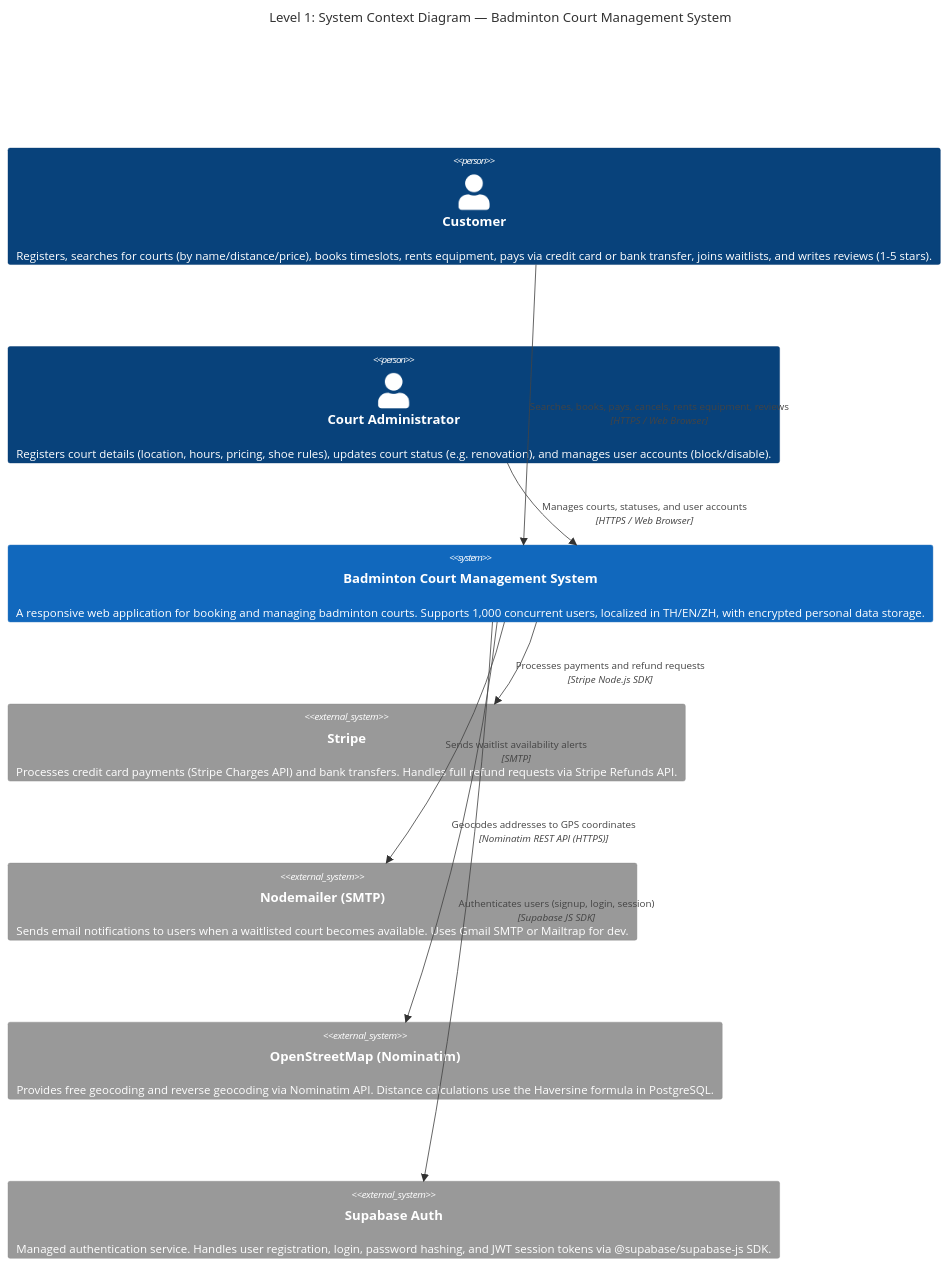
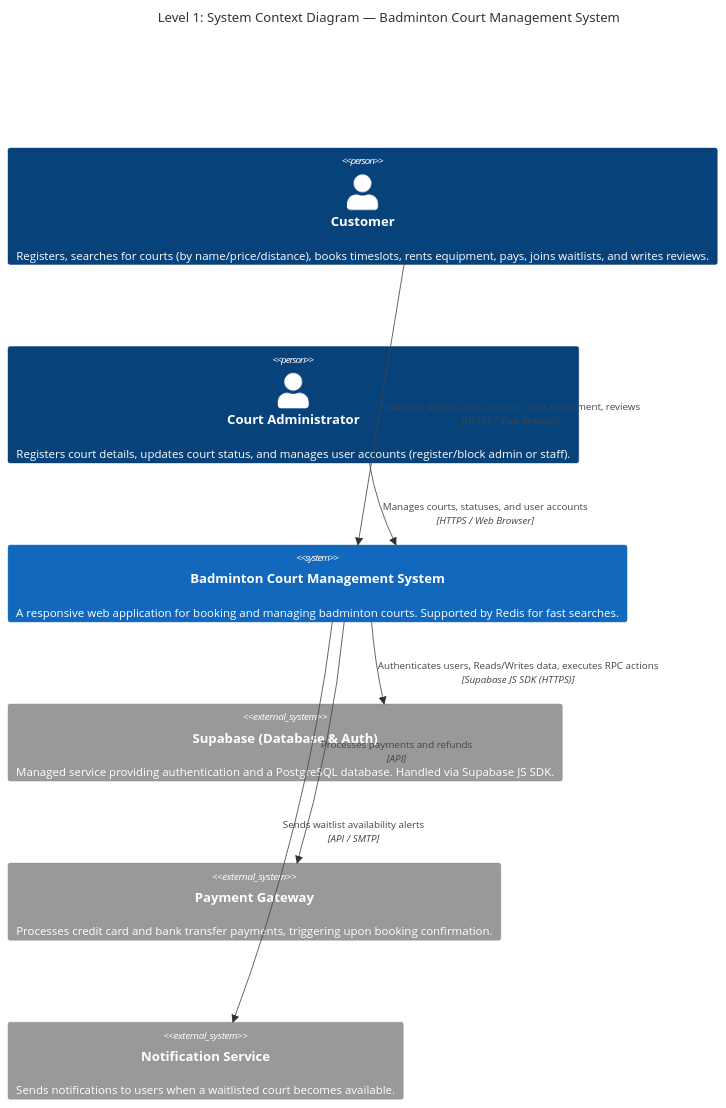
The first of 7 diagrams in designs/FolkliyGrunt_D1_Design.md (antnpwr/2025-ITCS383-FolkliyGrunt), drawn with Mermaid before and after one commit. The commit also changed other lines of this file, not shown here.

Commit message:
add admin

````diff
--- a/designs/FolkliyGrunt_D1_Design.md
+++ b/designs/FolkliyGrunt_D1_Design.md
@@ -12,22 +12,20 @@
 ```mermaid
 C4Context
     title Level 1: System Context Diagram — Badminton Court Management System
 
-    Person(customer, "Customer", "Registers, searches for courts (by name/distance/price), books timeslots, rents equipment, pays via credit card or bank transfer, joins waitlists, and writes reviews (1-5 stars).")
-    Person(admin, "Court Administrator", "Registers court details (location, hours, pricing, shoe rules), updates court status (e.g. renovation), and manages user accounts (block/disable).")
+    Person(customer, "Customer", "Registers, searches for courts (by name/price/distance), books timeslots, rents equipment, pays, joins waitlists, and writes reviews.")
+    Person(admin, "Court Administrator", "Registers court details, updates court status, and manages user accounts (register/block admin or staff).")
 
-    System(bms, "Badminton Court Management System", "A responsive web application for booking and managing badminton courts. Supports 1,000 concurrent users, localized in TH/EN/ZH, with encrypted personal data storage.")
+    System(bms, "Badminton Court Management System", "A responsive web application for booking and managing badminton courts. Supported by Redis for fast searches.")
 
-    System_Ext(payment_sys, "Stripe", "Processes credit card payments (Stripe Charges API) and bank transfers. Handles full refund requests via Stripe Refunds API.")
-    System_Ext(notification_sys, "Nodemailer (SMTP)", "Sends email notifications to users when a waitlisted court becomes available. Uses Gmail SMTP or Mailtrap for dev.")
-    System_Ext(map_sys, "OpenStreetMap (Nominatim)", "Provides free geocoding and reverse geocoding via Nominatim API. Distance calculations use the Haversine formula in PostgreSQL.")
-    System_Ext(auth_sys, "Supabase Auth", "Managed authentication service. Handles user registration, login, password hashing, and JWT session tokens via @supabase/supabase-js SDK.")
+    System_Ext(supabase_sys, "Supabase (Database & Auth)", "Managed service providing authentication and a PostgreSQL database. Handled via Supabase JS SDK.")
+    System_Ext(payment_sys, "Payment Gateway", "Processes credit card and bank transfer payments, triggering upon booking confirmation.")
+    System_Ext(notification_sys, "Notification Service", "Sends notifications to users when a waitlisted court becomes available.")
 
     Rel(customer, bms, "Searches, books, pays, cancels, rents equipment, reviews", "HTTPS / Web Browser")
     Rel(admin, bms, "Manages courts, statuses, and user accounts", "HTTPS / Web Browser")
 
-    Rel(bms, payment_sys, "Processes payments and refund requests", "Stripe Node.js SDK")
-    Rel(bms, notification_sys, "Sends waitlist availability alerts", "SMTP")
-    Rel(bms, map_sys, "Geocodes addresses to GPS coordinates", "Nominatim REST API (HTTPS)")
-    Rel(bms, auth_sys, "Authenticates users (signup, login, session)", "Supabase JS SDK")
+    Rel(bms, supabase_sys, "Authenticates users, Reads/Writes data, executes RPC actions", "Supabase JS SDK (HTTPS)")
+    Rel(bms, payment_sys, "Processes payments and refunds", "API")
+    Rel(bms, notification_sys, "Sends waitlist availability alerts", "API / SMTP")
 ```
````
